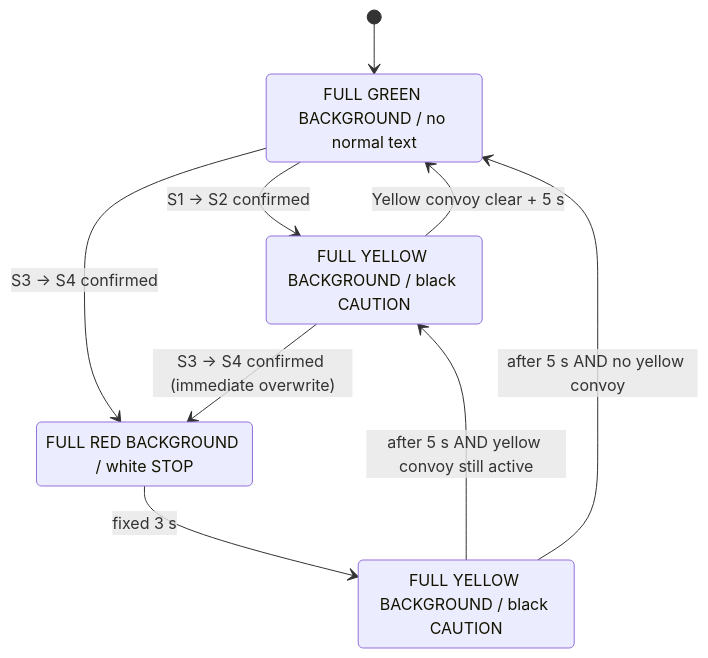
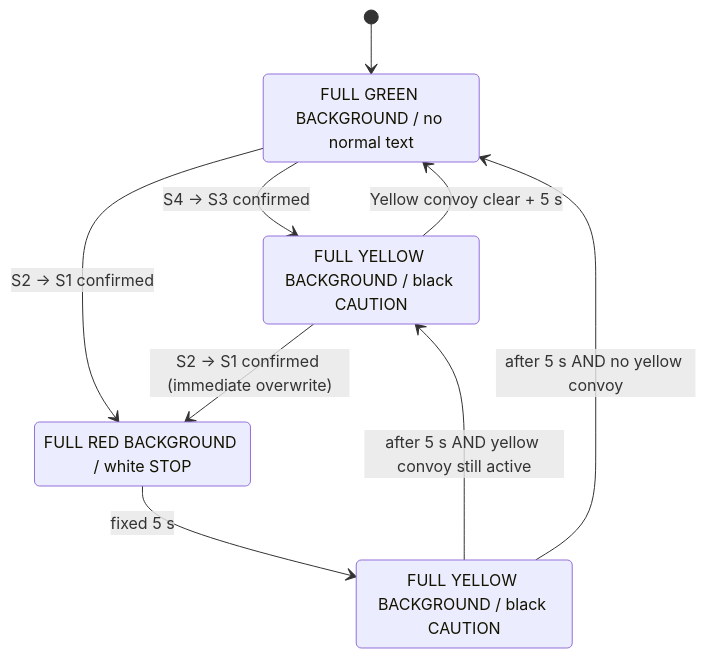
Before and after one commit to pongsatorntem/AutoEcar: the second of 2 diagrams in docs/LOGIC.md, drawn with Mermaid. The commit also changed other lines of this file and 16 other files, not shown here.

````diff
--- a/docs/LOGIC.md
+++ b/docs/LOGIC.md
@@ -43,16 +45,16 @@
 ```mermaid
 stateDiagram-v2
     [*] --> IDLE
     IDLE: FULL GREEN BACKGROUND / no normal text
     YELLOW: FULL YELLOW BACKGROUND / black CAUTION
     RED: FULL RED BACKGROUND / white STOP
     RETURN: FULL YELLOW BACKGROUND / black CAUTION
 
-    IDLE --> YELLOW: S1 -> S2 confirmed
-    IDLE --> RED: S3 -> S4 confirmed
-    YELLOW --> RED: S3 -> S4 confirmed (immediate overwrite)
+    IDLE --> YELLOW: S4 -> S3 confirmed
+    IDLE --> RED: S2 -> S1 confirmed
+    YELLOW --> RED: S2 -> S1 confirmed (immediate overwrite)
     YELLOW --> IDLE: Yellow convoy clear + 5 s
-    RED --> RETURN: fixed 3 s
+    RED --> RETURN: fixed 5 s
     RETURN --> YELLOW: after 5 s AND yellow convoy still active
     RETURN --> IDLE: after 5 s AND no yellow convoy
 ```
````
